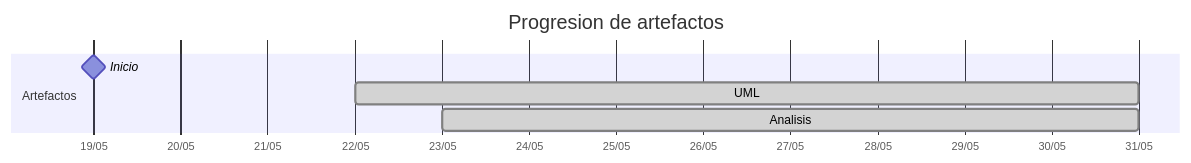
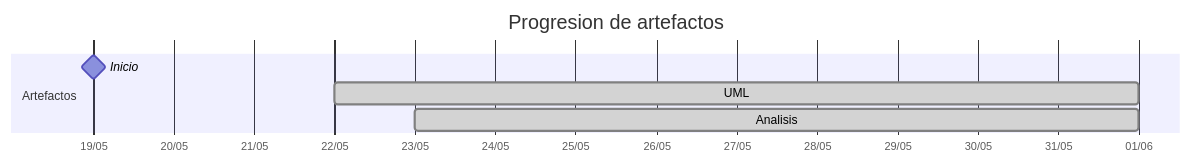
One commit to carlos-alvarado-25/25-26-idsw2-sdVC changed the diagram in TIMELINES/Alejandrojuarez0105.md. Above: the diagram before and after it, drawn with Mermaid. The commit also changed other lines of this file and 5 other files, not shown here.

````diff
--- a/TIMELINES/Alejandrojuarez0105.md
+++ b/TIMELINES/Alejandrojuarez0105.md
@@ -22,10 +22,10 @@
 ```mermaid
 gantt
     title Progresion de artefactos
     dateFormat YYYY-MM-DD
     axisFormat %d/%m
     section Artefactos
         Inicio       :milestone, 2026-05-19, 0d
-        UML          :done, 2026-05-22, 2026-05-31
-        Analisis     :done, 2026-05-23, 2026-05-31
+        UML          :done, 2026-05-22, 2026-06-01
+        Analisis     :done, 2026-05-23, 2026-06-01
 ```
````
